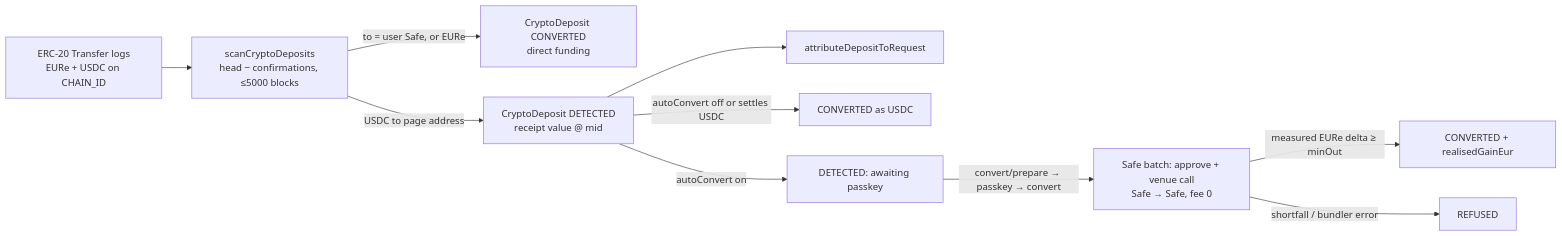
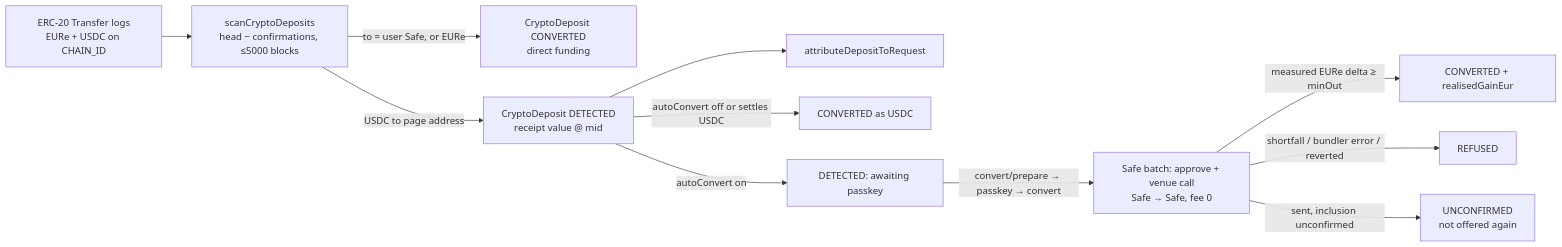
One commit to Zoldenburg-me/Zold-app changed the fourth of 4 diagrams in docs/architecture/technical-architecture.md. Above: the diagram before and after it, drawn with Mermaid. The commit also changed other lines of this file and 15 other files, not shown here.

````diff
--- a/docs/architecture/technical-architecture.md
+++ b/docs/architecture/technical-architecture.md
@@ -523,12 +534,13 @@
 ```mermaid
 flowchart LR
   LOG[ERC-20 Transfer logs<br/>EURe + USDC on CHAIN_ID] --> SCAN[scanCryptoDeposits<br/>head − confirmations, ≤5000 blocks]
   SCAN -->|to = user Safe, or EURe| CONV1[CryptoDeposit CONVERTED<br/>direct funding]
   SCAN -->|USDC to page address| DET[CryptoDeposit DETECTED<br/>receipt value @ mid]
   DET --> ATTR[attributeDepositToRequest]
   DET -->|autoConvert off or settles USDC| CONV2[CONVERTED as USDC]
   DET -->|autoConvert on| WAIT[DETECTED: awaiting passkey]
   WAIT -->|convert/prepare → passkey → convert| SWAP[Safe batch: approve + venue call<br/>Safe → Safe, fee 0]
   SWAP -->|measured EURe delta ≥ minOut| CONV3[CONVERTED + realisedGainEur]
-  SWAP -->|shortfall / bundler error| REF[REFUSED]
+  SWAP -->|shortfall / bundler error / reverted| REF[REFUSED]
+  SWAP -->|sent, inclusion unconfirmed| UNC[UNCONFIRMED<br/>not offered again]
 ```
````
